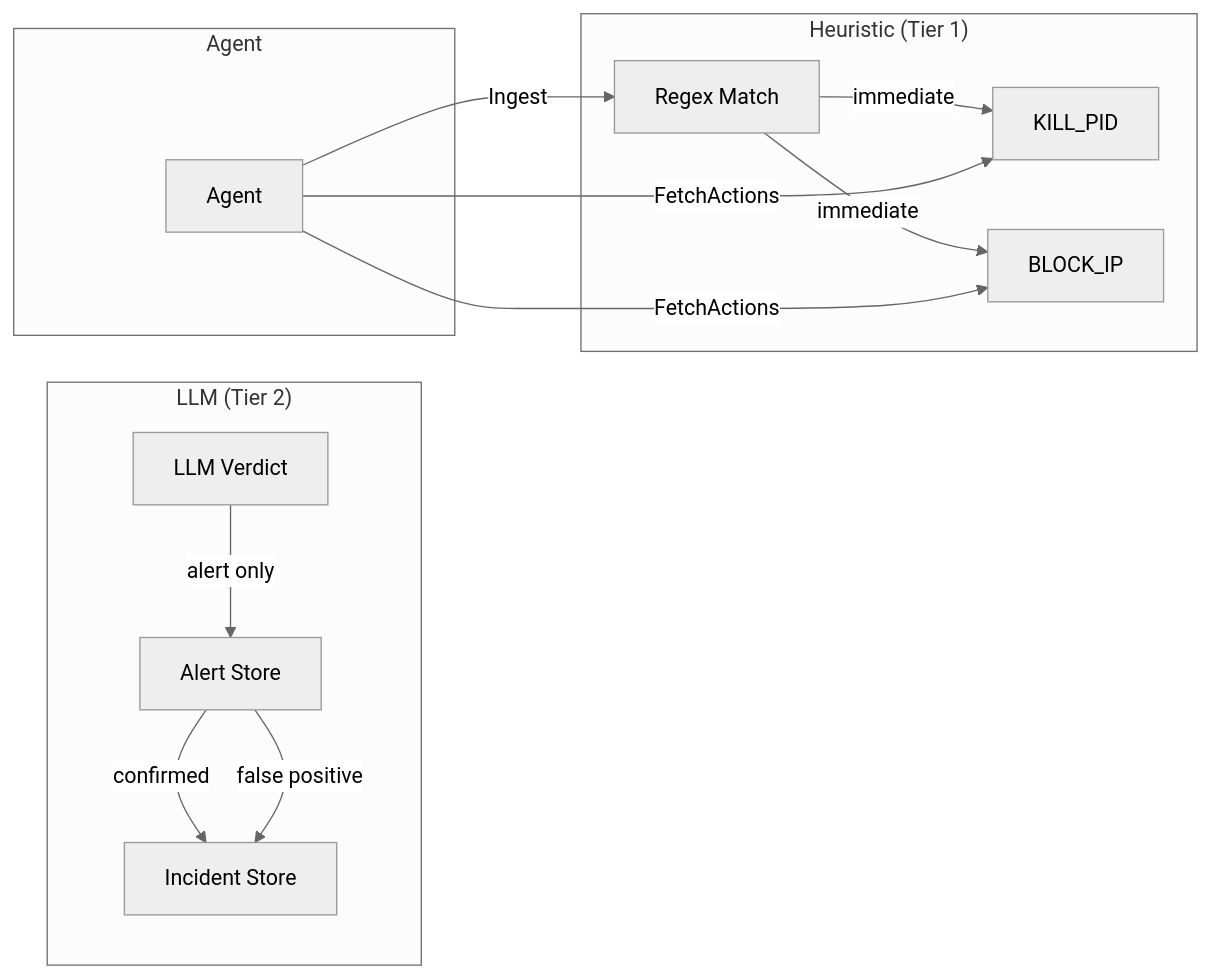
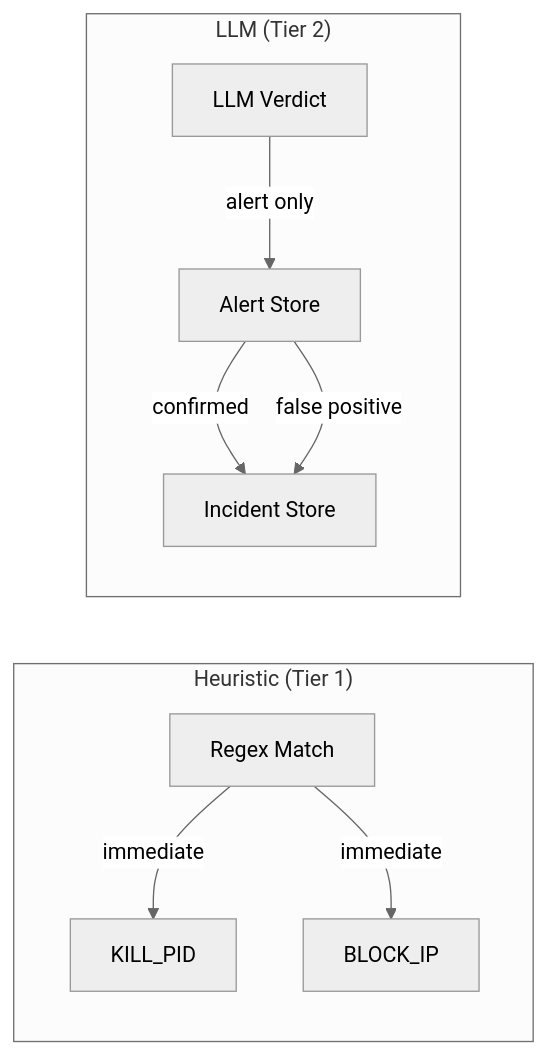
The second of 3 diagrams in README.md (fr4nsyz/KernelHarbor), drawn with Mermaid (neutral theme) before and after one commit. The commit also changed other lines of this file and 28 other files, not shown here.

````diff
--- a/README.md
+++ b/README.md
@@ -49,19 +50,13 @@
 ```mermaid
 graph LR
     subgraph "Heuristic (Tier 1)"
         HE[Regex Match] -->|immediate| KA[KILL_PID]
         HE -->|immediate| BI[BLOCK_IP]
     end
 
     subgraph "LLM (Tier 2)"
         LA[LLM Verdict] -->|alert only| AS[Alert Store]
         AS -->|confirmed| IS2[Incident Store]
         AS -->|false positive| IS2[Incident Store]
     end
-
-    subgraph "Agent"
-        AG[Agent] -->|Ingest| HE
-        AG -->|FetchActions| KA
-        AG -->|FetchActions| BI
-    end
 ```
````
